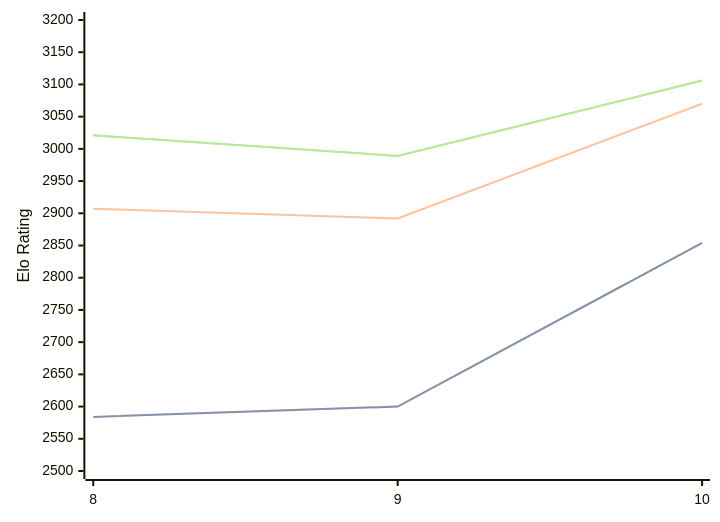
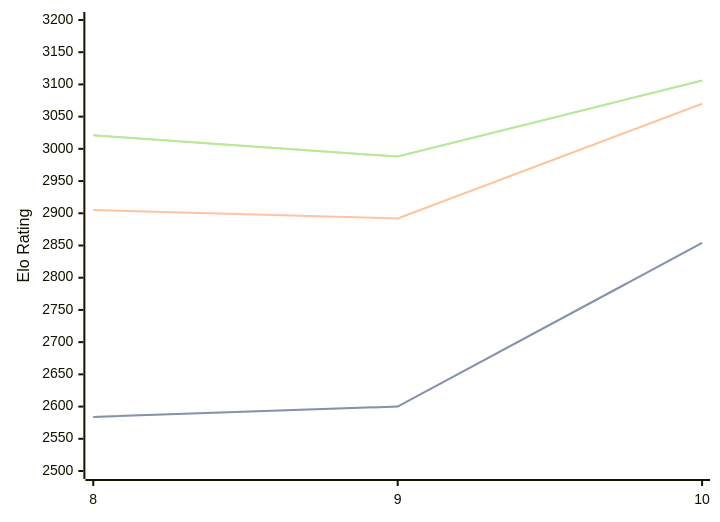
One commit to computer-chess-index/cci changed the first of 3 diagrams in engines/Lozza.md. Above: the diagram before and after it, drawn with Mermaid. The commit also changed other lines of this file, not shown here.

Commit message:
Update CCI Ratings (ELO VLTC) - 2026-07-07

````diff
--- a/engines/Lozza.md
+++ b/engines/Lozza.md
@@ -41,11 +41,11 @@
 ```mermaid
 %%{init: {"theme":"base","themeVariables":{"seriesColors:['#a3a3a3','#222221','#faa371']}}}%%
 xychart-beta
   x-axis ["8", "9", "10"]
   y-axis "Elo Rating" 2500 --> 3200
   line "STC (8.0+0.08s)" [2584, 2600, 2854]
   line "STC (8.0+0.08s)" [2584, 2600, 2854]
-  line "LTC (60.0+0.60s)" [2907, 2892, 3070]
-  line "VLTC (2m24s+1.12s)" [3021, 2989, 3106]
-  line "VLTC (2m24s+1.12s)" [3021, 2989, 3106]
+  line "LTC (60.0+0.60s)" [2905, 2892, 3070]
+  line "VLTC (2m24s+1.12s)" [3021, 2988, 3106]
+  line "VLTC (2m24s+1.12s)" [3021, 2988, 3106]
 ```
````
